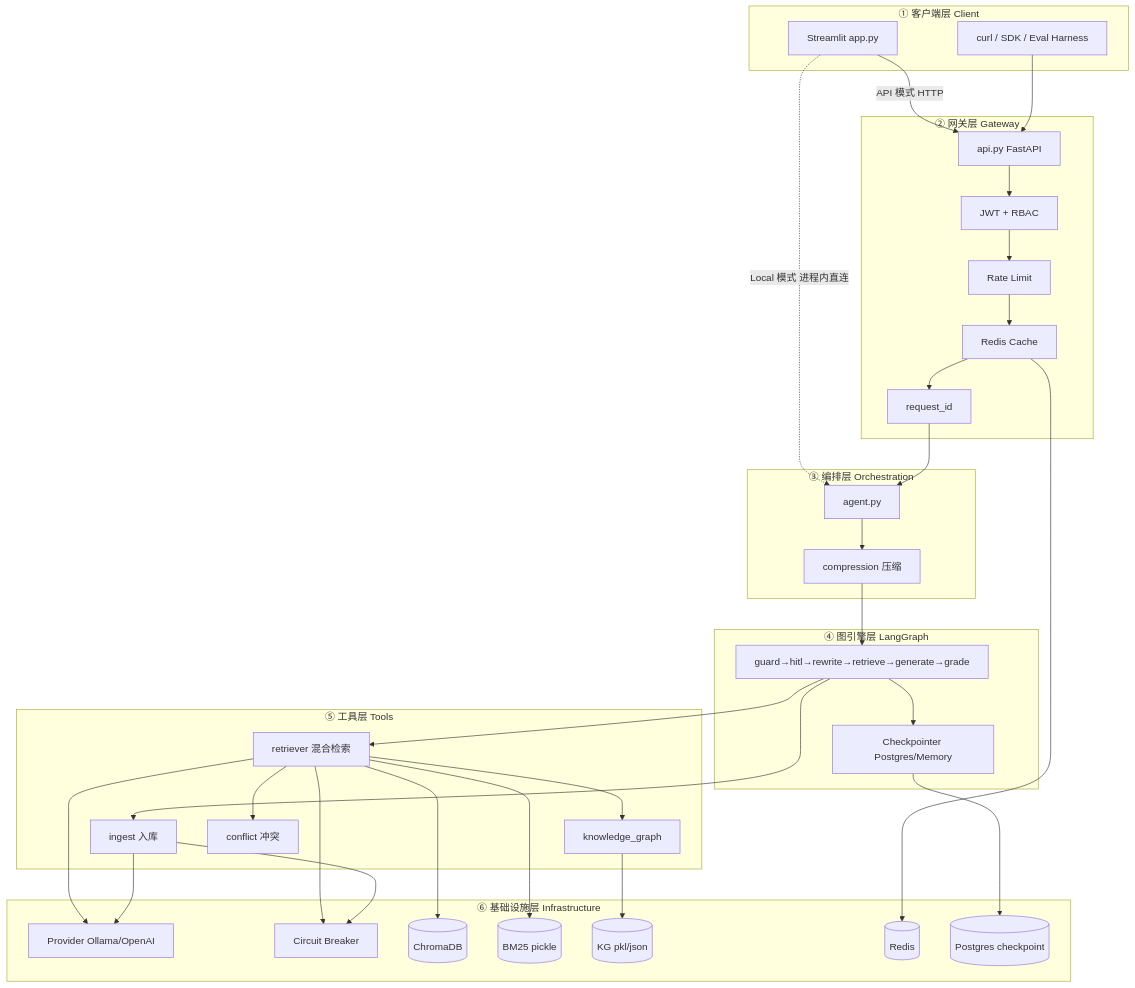
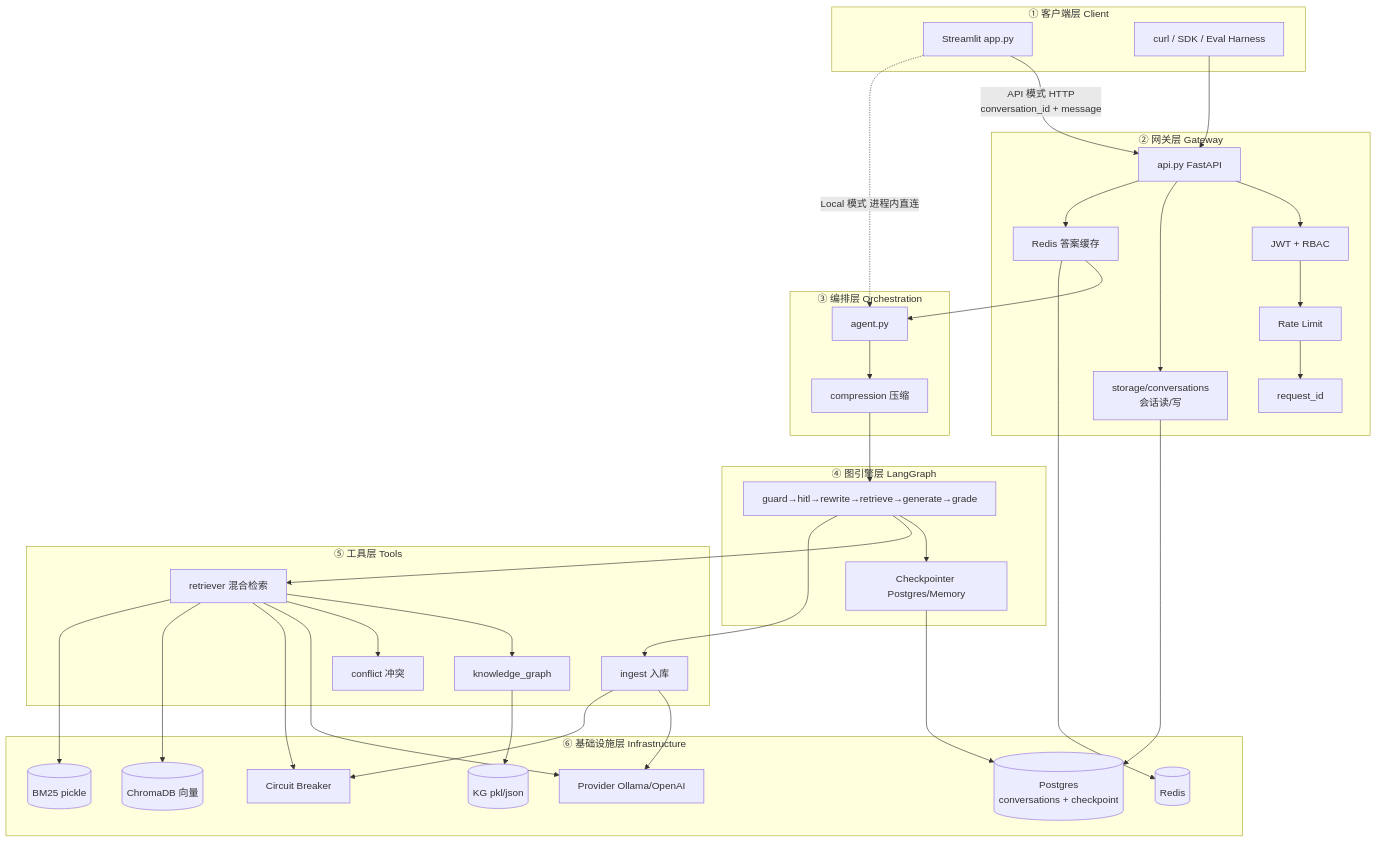
The first of 22 diagrams in project_00_rag_agent/docs/architecture.md (charlie-chann/ai-agent-langgraph-main), drawn with Mermaid before and after one commit. The commit also changed other lines of this file and 28 other files, not shown here.

Commit message:
docs(project_00): 补充架构图与 Docker/对话链路文档

````diff
--- a/project_00_rag_agent/docs/architecture.md
+++ b/project_00_rag_agent/docs/architecture.md
@@ -66,61 +69,65 @@
 ```mermaid
 flowchart TB
     subgraph L1["① 客户端层 Client"]
         ST[Streamlit app.py]
         CLI[curl / SDK / Eval Harness]
     end
 
     subgraph L2["② 网关层 Gateway"]
         API[api.py FastAPI]
         AUTH[JWT + RBAC]
         RL[Rate Limit]
-        CACHE[Redis Cache]
+        CACHE[Redis 答案缓存]
         RID[request_id]
+        CONV[storage/conversations<br/>会话读/写]
     end
 
     subgraph L3["③ 编排层 Orchestration"]
         AGENT[agent.py]
         COMP[compression 压缩]
     end
 
     subgraph L4["④ 图引擎层 LangGraph"]
         GRAPH[guard→hitl→rewrite→retrieve→generate→grade]
         CP[Checkpointer Postgres/Memory]
     end
 
     subgraph L5["⑤ 工具层 Tools"]
         RET[retriever 混合检索]
         ING[ingest 入库]
         KG[knowledge_graph]
         CONF[conflict 冲突]
     end
 
     subgraph L6["⑥ 基础设施层 Infrastructure"]
         PROV[Provider Ollama/OpenAI]
         CB[Circuit Breaker]
-        CHROMA[(ChromaDB)]
+        CHROMA[(ChromaDB 向量)]
         BM25[(BM25 pickle)]
         KGSTORE[(KG pkl/json)]
         REDIS[(Redis)]
-        PG[(Postgres checkpoint)]
+        PG[(Postgres<br/>conversations + checkpoint)]
     end
 
-  ST -->|API 模式 HTTP| API
+  ST -->|API 模式 HTTP<br/>conversation_id + message| API
   ST -.->|Local 模式 进程内直连| AGENT
   CLI --> API
-  API --> AUTH --> RL --> CACHE --> RID
-  RID --> AGENT --> COMP --> GRAPH
+  API --> AUTH --> RL --> RID
+  API --> CONV
+  CONV --> PG
+  API --> CACHE --> AGENT
+  AGENT --> COMP --> GRAPH
   GRAPH --> CP
   GRAPH --> RET
   GRAPH --> ING
   RET --> KG
   RET --> CONF
   RET --> PROV
   ING --> PROV
   RET --> CB
   ING --> CB
   RET --> CHROMA & BM25
   KG --> KGSTORE
   CACHE --> REDIS
   CP --> PG
 ```
````
